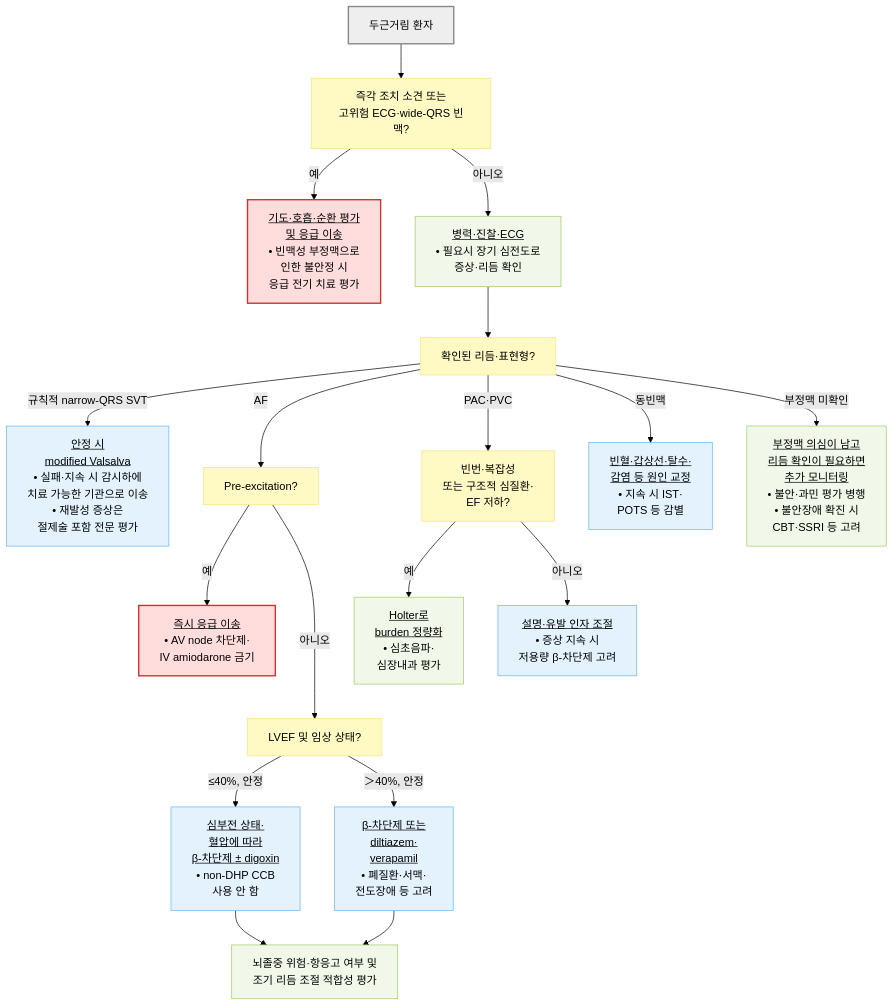
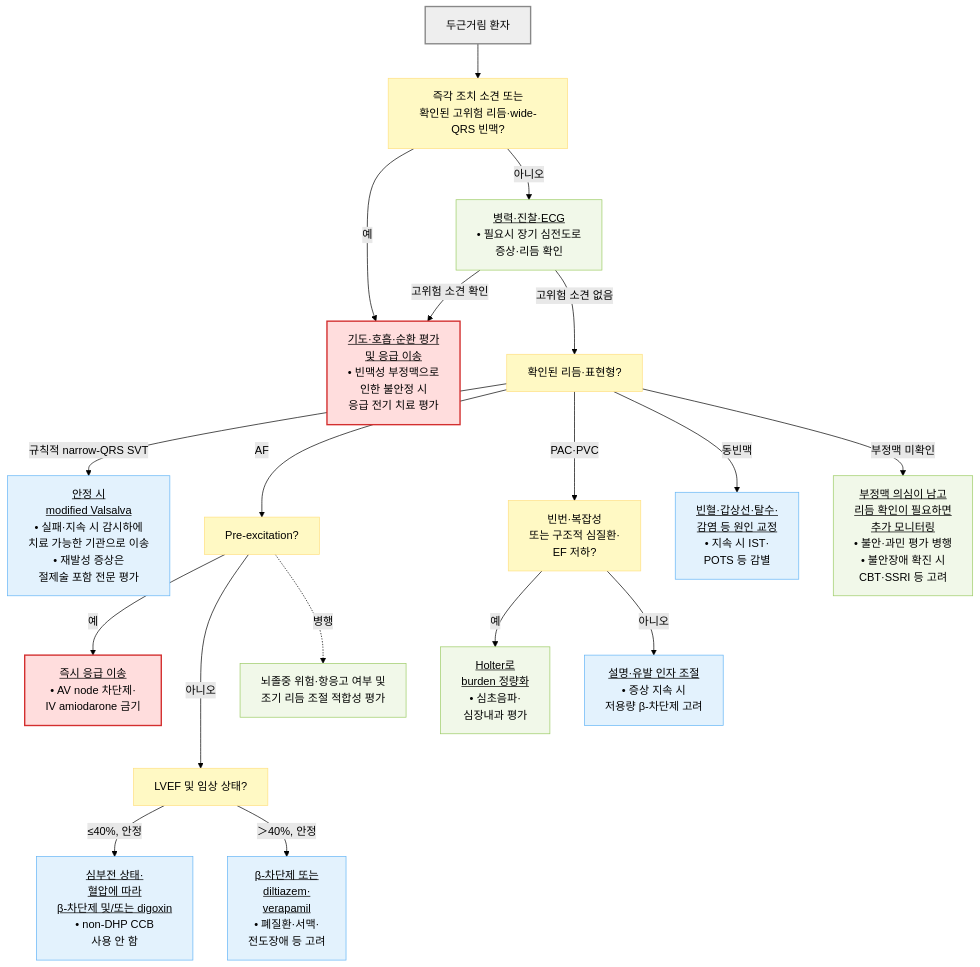
The diagram in 220_/009_-palpitation.md (familyoh77/familyoh77), drawn with Mermaid (forest theme) before and after one commit. The commit also changed other lines of this file, not shown here.

````diff
--- a/220_/009_-palpitation.md
+++ b/220_/009_-palpitation.md
@@ -246,30 +246,30 @@
 ```mermaid
 flowchart TD
-    Start["두근거림 환자"] --> EmergencyQ["즉각 조치 소견 또는<br/>고위험 ECG·wide-QRS 빈맥?"]
+    Start["두근거림 환자"] --> EmergencyQ["즉각 조치 소견 또는<br/>확인된 고위험 리듬·wide-QRS 빈맥?"]
     EmergencyQ -- "예" --> Emergency["<u>기도·호흡·순환 평가 <br/>및 응급 이송</u><br/>• 빈맥성 부정맥으로 <br/>인한 불안정 시 <br/>응급 전기 치료 평가"]
     EmergencyQ -- "아니오" --> Assess["<u>병력·진찰·ECG</u><br/>• 필요시 장기 심전도로 <br/>증상·리듬 확인"]
-    Assess --> Rhythm["확인된 리듬·표현형?"]
+    Assess -- "고위험 소견 확인" --> Emergency
+    Assess -- "고위험 소견 없음" --> Rhythm["확인된 리듬·표현형?"]
     Rhythm -- "규칙적 narrow-QRS SVT" --> Vagal["<u>안정 시 <br/>modified Valsalva</u><br/>• 실패·지속 시 감시하에 <br/>치료 가능한 기관으로 이송<br/>• 재발성 증상은 <br/>절제술 포함 전문 평가"]
     Rhythm -- "AF" --> PreEx["Pre-excitation?"]
     PreEx -- "예" --> WPW["<u>즉시 응급 이송</u><br/>• AV node 차단제·<br/>IV amiodarone 금기"]
     PreEx -- "아니오" ---> EF["LVEF 및 임상 상태?"]
-    EF -- "≤40%, 안정" --> AFhf["<u>심부전 상태·<br/>혈압에 따라 <br/>β-차단제 ± digoxin</u><br/>• non-DHP CCB <br/>사용 안 함"]
+    EF -- "≤40%, 안정" --> AFhf["<u>심부전 상태·<br/>혈압에 따라 <br/>β-차단제 및/또는 digoxin</u><br/>• non-DHP CCB <br/>사용 안 함"]
     EF -- "＞40%, 안정" --> AFnormal["<u>β-차단제 또는 <br/>diltiazem·<br/>verapamil</u><br/>• 폐질환·서맥·<br/>전도장애 등 고려"]
-    AFhf --> Stroke["뇌졸중 위험·항응고 여부 및<br/>조기 리듬 조절 적합성 평가"]
-    AFnormal --> Stroke
+    PreEx -. "병행" .-> Stroke["뇌졸중 위험·항응고 여부 및<br/>조기 리듬 조절 적합성 평가"]
     Rhythm -- "PAC·PVC" --> Burden["빈번·복잡성 <br/>또는 구조적 심질환·<br/>EF 저하?"]
     Burden -- "예" --> Refer["<u>Holter로 <br/>burden 정량화</u><br/>• 심초음파·<br/>심장내과 평가"]
     Burden -- "아니오" --> Reassure["<u>설명·유발 인자 조절</u><br/>• 증상 지속 시 <br/>저용량 β-차단제 고려"]
     Rhythm -- "동빈맥" --> Sinus["<u>빈혈·갑상선·탈수·<br/>감염 등 원인 교정</u><br/>• 지속 시 IST·<br/>POTS 등 감별"]
     Rhythm -- "부정맥 미확인" --> Other["<u>부정맥 의심이 남고 <br/>리듬 확인이 필요하면 <br/>추가 모니터링</u><br/>• 불안·과민 평가 병행<br/>• 불안장애 확진 시 <br/>CBT·SSRI 등 고려"]
     classDef start fill:#eeeeee,stroke:#888888,stroke-width:2px
     classDef question fill:#fff9c4,stroke:#ffe082
     classDef emergency fill:#ffdddd,stroke:#d32f2f,stroke-width:2px
     classDef evaluation fill:#f1f8e9,stroke:#9ccc65
     classDef treatment fill:#e3f2fd,stroke:#64b5f6
     class Start start
     class EmergencyQ,Rhythm,PreEx,EF,Burden question
     class Emergency,WPW emergency
     class Assess,Stroke,Refer,Other evaluation
     class Vagal,AFhf,AFnormal,Reassure,Sinus treatment
 ```
````
